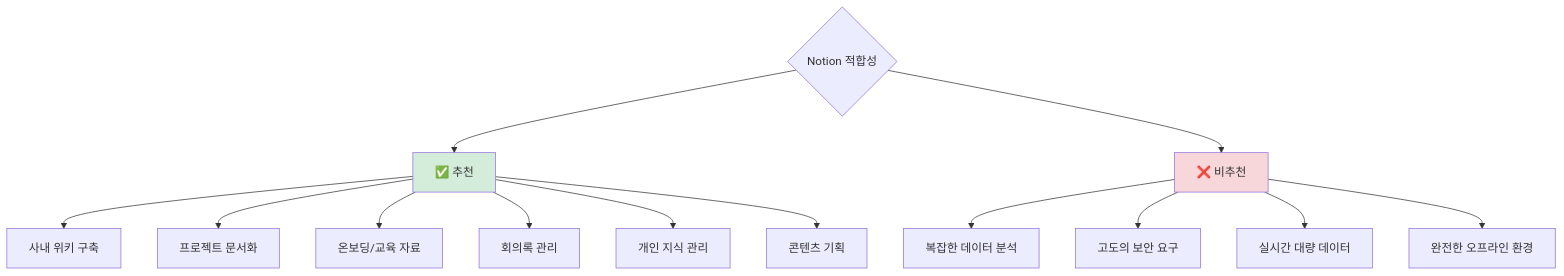
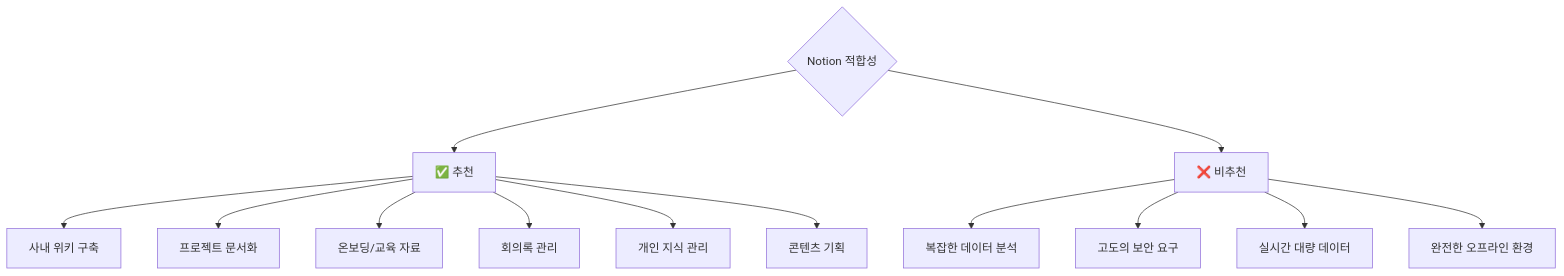
One commit to nugurejeil/weniVooks changed the seventh of 9 diagrams in _md/genai-notion/chapter06/06-1.md. Above: the diagram before and after it, drawn with Mermaid. The commit also changed other lines of this file and 187 other files, not shown here.

````diff
--- a/_md/genai-notion/chapter06/06-1.md
+++ b/_md/genai-notion/chapter06/06-1.md
@@ -307,20 +303,17 @@
 ```mermaid
 graph TD
     A{Notion 적합성} --> B[✅ 추천]
     A --> C[❌ 비추천]
 
     B --> B1[사내 위키 구축]
     B --> B2[프로젝트 문서화]
     B --> B3[온보딩/교육 자료]
     B --> B4[회의록 관리]
     B --> B5[개인 지식 관리]
     B --> B6[콘텐츠 기획]
 
     C --> C1[복잡한 데이터 분석]
     C --> C2[고도의 보안 요구]
     C --> C3[실시간 대량 데이터]
     C --> C4[완전한 오프라인 환경]
-
-    style B fill:#D4EDDA
-    style C fill:#F8D7DA
 ```
````
